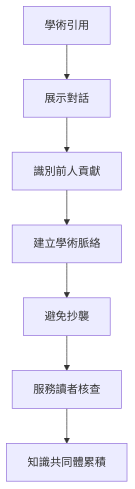
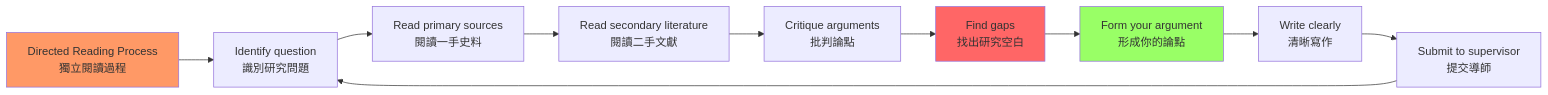
Before and after one commit to yip-lgtm/HKU-Harvard-History-Self-Study: the first of 3 diagrams in 01_HKU_Courses/HIST3075_Directed_Reading.md, drawn with Mermaid. The commit also changed other lines of this file and 8 other files, not shown here.

````diff
--- a/01_HKU_Courses/HIST3075_Directed_Reading.md
+++ b/01_HKU_Courses/HIST3075_Directed_Reading.md
@@ -171,9 +116,16 @@
 ```mermaid
-flowchart TD
-    A[學術引用] --> B[展示對話]
-    B --> C[識別前人貢獻]
-    C --> D[建立學術脈絡]
-    D --> E[避免抄襲]
-    E --> F[服務讀者核查]
-    F --> G[知識共同體累積]
+graph LR
+    A[Directed Reading Process<br/>獨立閱讀過程] --> B[Identify question<br/>識別研究問題]
+    B --> C[Read primary sources<br/>閱讀一手史料]
+    C --> D[Read secondary literature<br/>閱讀二手文獻]
+    D --> E[Critique arguments<br/>批判論點]
+    E --> F[Find gaps<br/>找出研究空白]
+    F --> G[Form your argument<br/>形成你的論點]
+    G --> H[Write clearly<br/>清晰寫作]
+    H --> I[Submit to supervisor<br/>提交導師]
+    I --> B
+    
+    style A fill:#f96
+    style F fill:#f66
+    style G fill:#9f6
 ```
````
